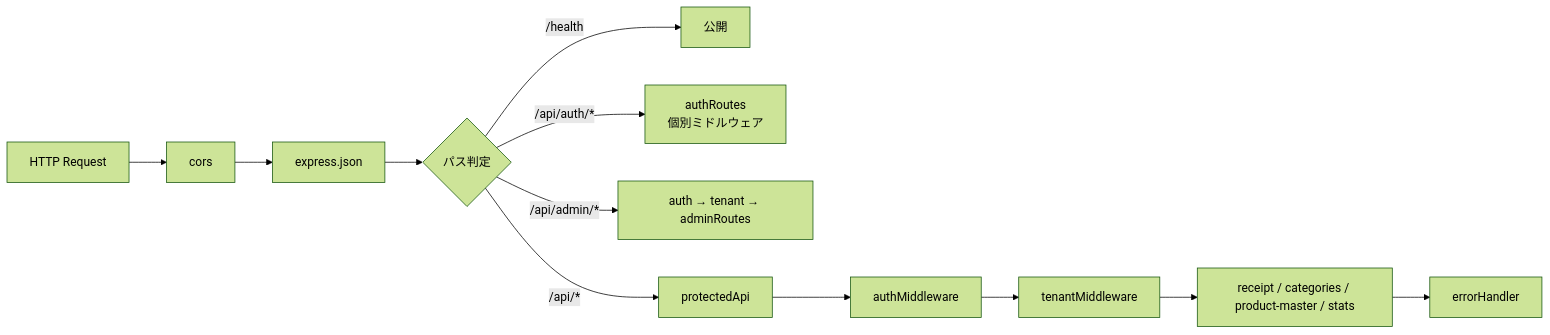
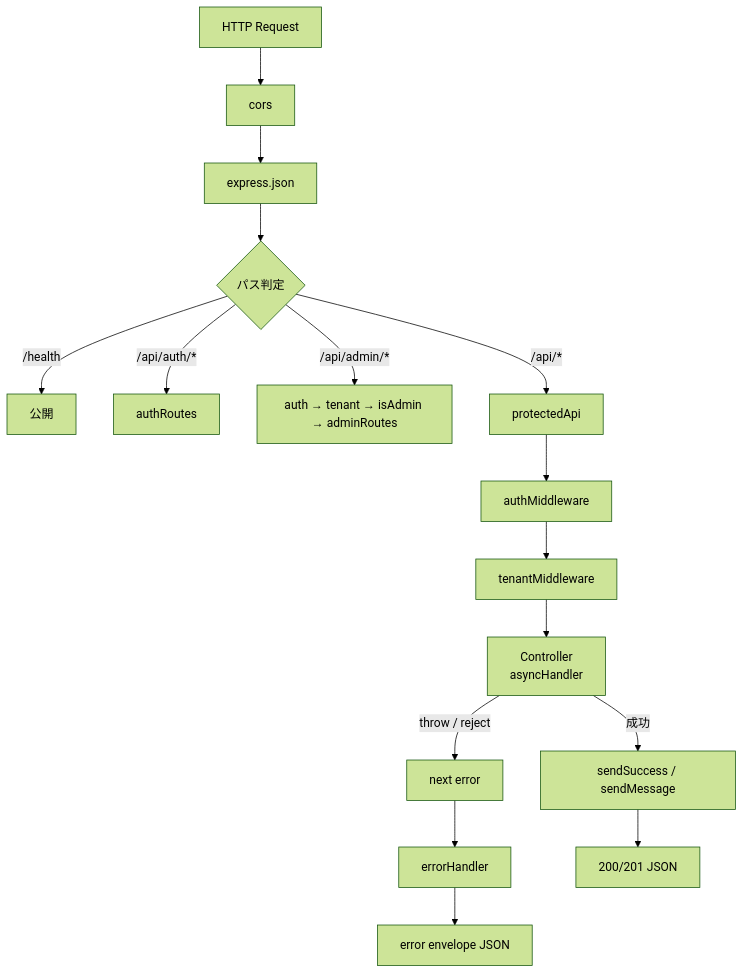
The second of 8 diagrams in docs/design/architecture.md (yama180sx/receipt-ai-app), drawn with Mermaid (forest theme) before and after one commit. The commit also changed other lines of this file and 1 other file, not shown here.

First line of the commit message:
docs: [Issue #103-5] architecture.md に BE 層境界 as-built を反映

````diff
--- a/docs/design/architecture.md
+++ b/docs/design/architecture.md
@@ -147,16 +150,21 @@
 ```mermaid
-flowchart LR
+flowchart TB
     REQ[HTTP Request] --> CORS[cors]
     CORS --> JSON[express.json]
     JSON --> ROUTE{パス判定}
 
     ROUTE -->|/health| HEALTH[公開]
-    ROUTE -->|/api/auth/*| AUTH[authRoutes<br/>個別ミドルウェア]
-    ROUTE -->|/api/admin/*| ADM[auth → tenant → adminRoutes]
+    ROUTE -->|/api/auth/*| AUTH[authRoutes]
+    ROUTE -->|/api/admin/*| ADM[auth → tenant → isAdmin → adminRoutes]
     ROUTE -->|/api/*| PROT[protectedApi]
 
     PROT --> A1[authMiddleware]
     A1 --> T1[tenantMiddleware]
-    T1 --> BIZ[receipt / categories / product-master / stats]
-    BIZ --> ERR[errorHandler]
+    T1 --> CTRL[Controller<br/>asyncHandler]
+
+    CTRL -->|成功| OK[sendSuccess / sendMessage]
+    CTRL -->|throw / reject| NEXT[next error]
+    NEXT --> EH[errorHandler]
+    EH --> ERR_JSON[error envelope JSON]
+    OK --> RES[200/201 JSON]
 ```
````
